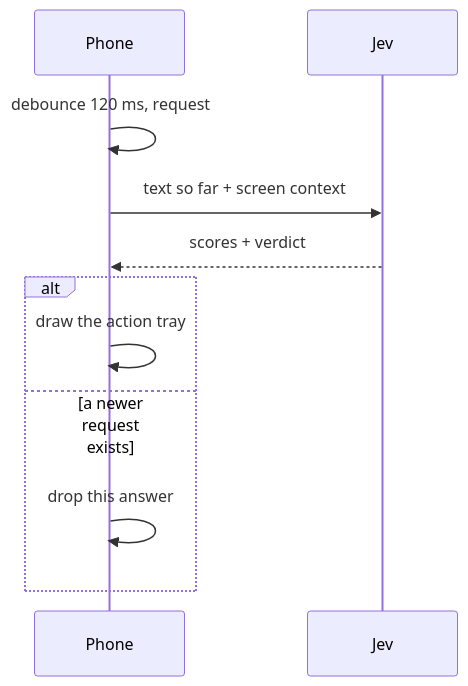
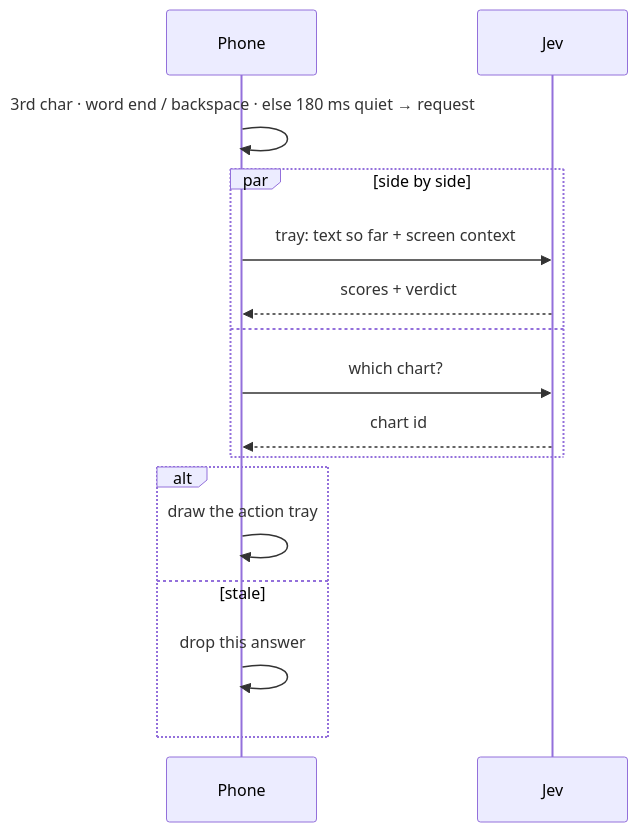
One commit to Rahulm38/Awesome-UI-on-fly changed the third of 4 diagrams in docs/ARCHITECTURE.md. Above: the diagram before and after it, drawn with Mermaid. The commit also changed other lines of this file and 11 other files, not shown here.

Commit message:
Update demo architecture and preview metadata

````diff
--- a/docs/ARCHITECTURE.md
+++ b/docs/ARCHITECTURE.md
@@ -71,13 +82,18 @@
 ```mermaid
 sequenceDiagram
   participant P as Phone
   participant J as Jev
-  P->>P: debounce 120 ms, request #n
-  P->>J: text so far + screen context
-  J-->>P: scores + verdict
-  alt #n is still the newest request
+  P->>P: 3rd char · word end / backspace · else 180 ms quiet → request #n
+  par side by side
+    P->>J: tray: text so far + screen context
+    J-->>P: scores + verdict
+  and
+    P->>J: which chart?
+    J-->>P: chart id
+  end
+  alt #n is newest shown and its text is still in the box
     P->>P: draw the action tray
-  else a newer request exists
+  else stale
     P->>P: drop this answer
   end
 ```
````
